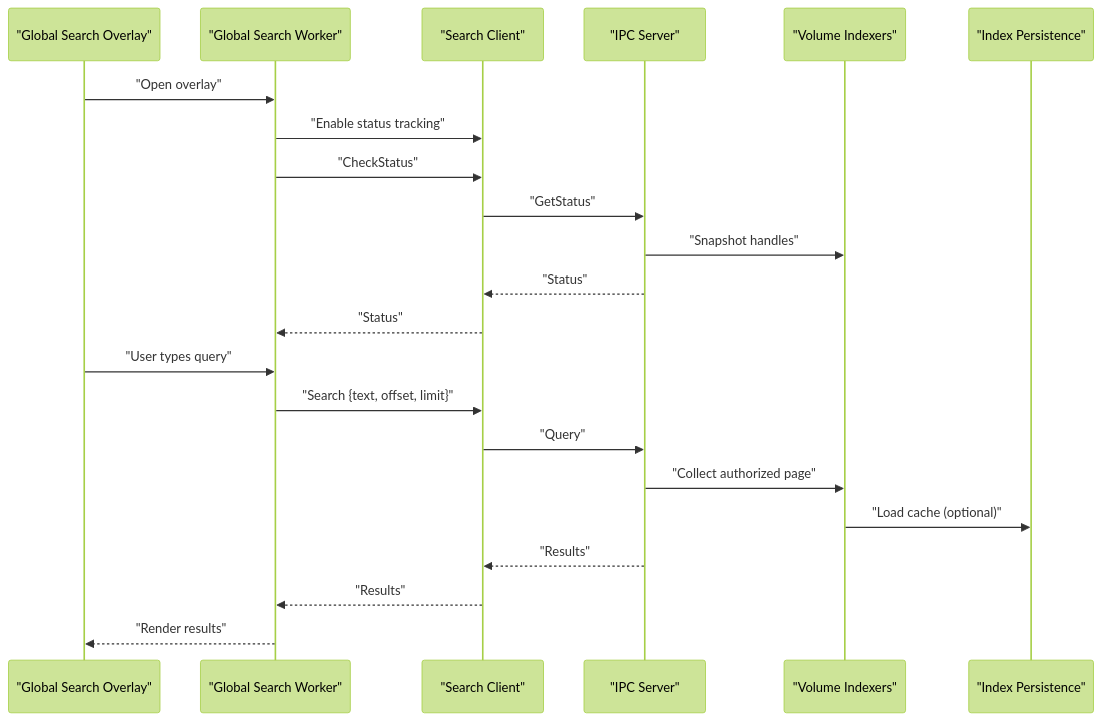
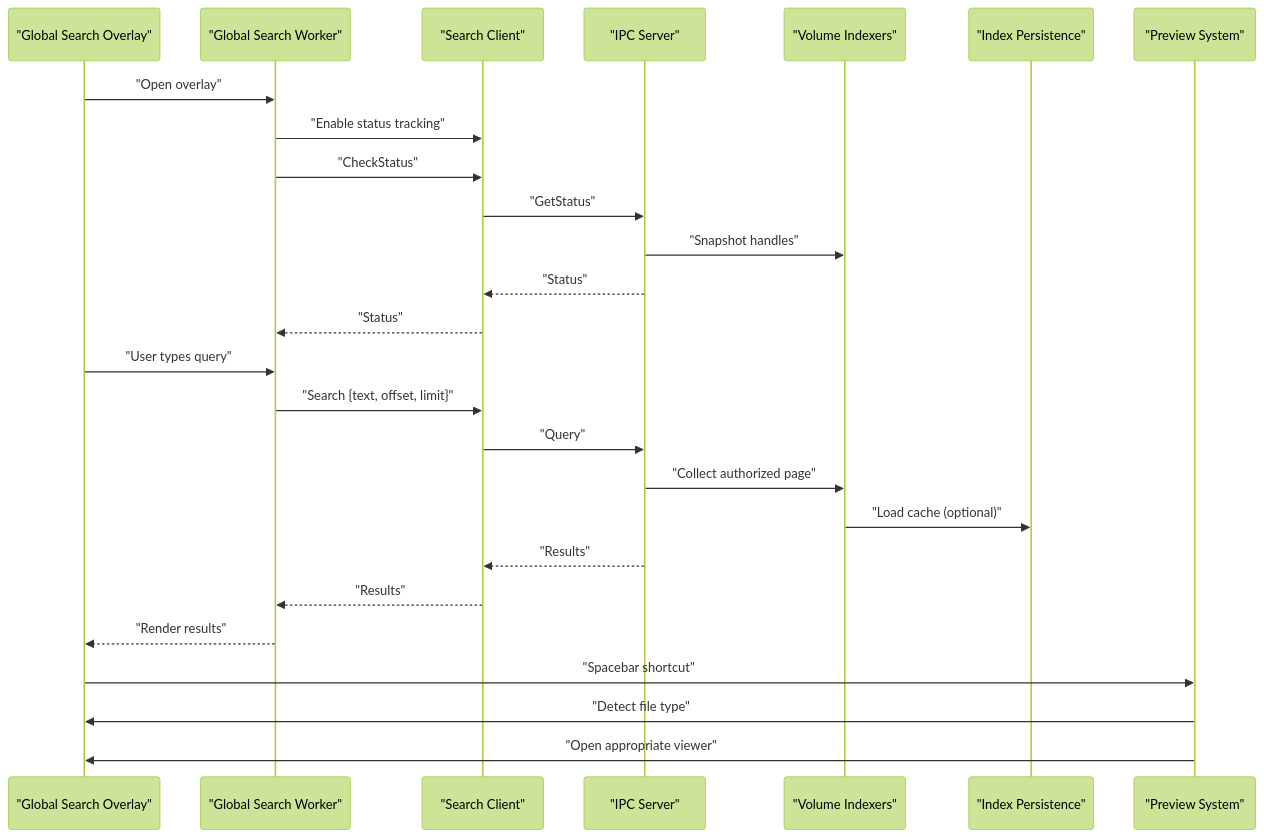
The second of 8 diagrams in .qoder/repowiki/en/content/Core Features/Global Search.md (MTTamurex/MTT-File-Manager-RUST), drawn with Mermaid (forest theme) before and after one commit. The commit also changed other lines of this file and 1 other file, not shown here.

First line of the commit message:
docs(global_search): add preview functionality documentation and integration details

````diff
--- a/.qoder/repowiki/en/content/Core Features/Global Search.md
+++ b/.qoder/repowiki/en/content/Core Features/Global Search.md
@@ -116,24 +146,28 @@
 ```mermaid
 sequenceDiagram
 participant UI as "Global Search Overlay"
 participant Worker as "Global Search Worker"
 participant Client as "Search Client"
 participant IPC as "IPC Server"
 participant Index as "Volume Indexers"
 participant DB as "Index Persistence"
+participant Preview as "Preview System"
 UI->>Worker : "Open overlay"
 Worker->>Client : "Enable status tracking"
 Worker->>Client : "CheckStatus"
 Client->>IPC : "GetStatus"
 IPC->>Index : "Snapshot handles"
 IPC-->>Client : "Status"
 Client-->>Worker : "Status"
 UI->>Worker : "User types query"
 Worker->>Client : "Search {text, offset, limit}"
 Client->>IPC : "Query"
 IPC->>Index : "Collect authorized page"
 Index->>DB : "Load cache (optional)"
 IPC-->>Client : "Results"
 Client-->>Worker : "Results"
 Worker-->>UI : "Render results"
+UI->>Preview : "Spacebar shortcut"
+Preview->>UI : "Detect file type"
+Preview->>UI : "Open appropriate viewer"
 ```
````
